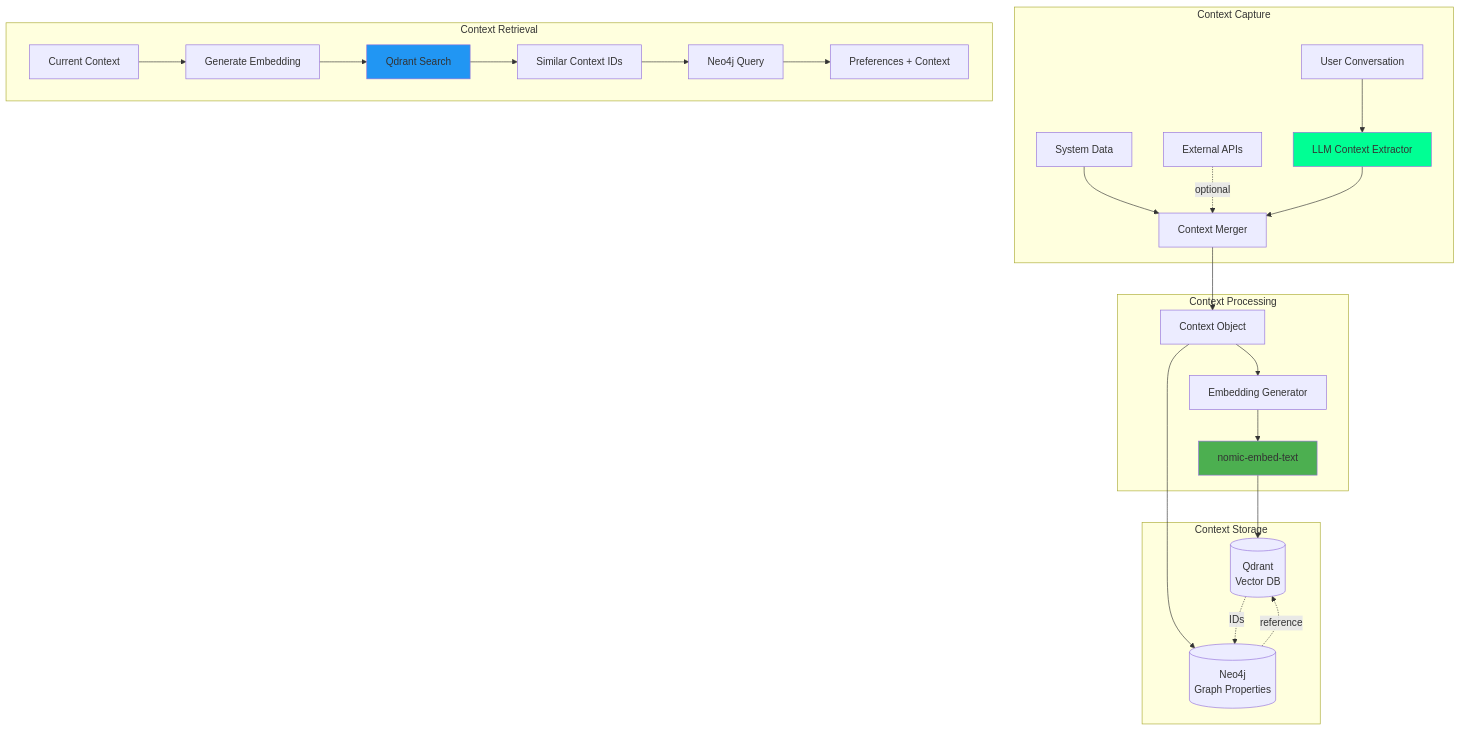
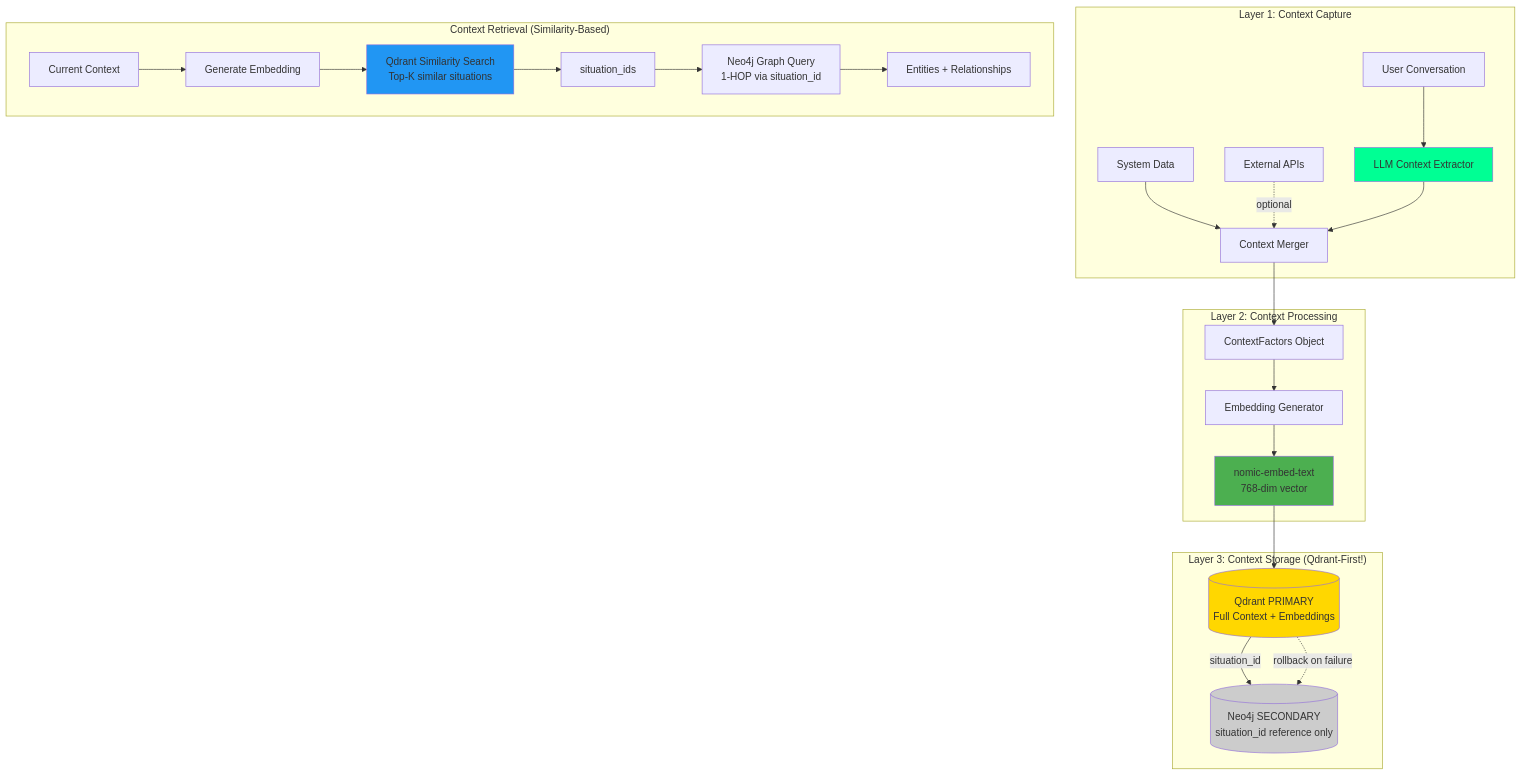
One commit to y-core-engineering/fidus changed the diagram in docs/solution-architecture/14-situational-context.md. Above: the diagram before and after it, drawn with Mermaid. The commit also changed other lines of this file and 47 other files, not shown here.

First line of the commit message:
docs: update solution architecture to v3.0 with entity-relationship model (#75)

````diff
--- a/docs/solution-architecture/14-situational-context.md
+++ b/docs/solution-architecture/14-situational-context.md
@@ -32,35 +53,35 @@
 ```mermaid
 graph TB
-    subgraph "Context Capture"
+    subgraph "Layer 1: Context Capture"
         A[User Conversation] --> B[LLM Context Extractor]
         C[System Data] --> D[Context Merger]
         E[External APIs] -.optional.-> D
         B --> D
     end
 
-    subgraph "Context Processing"
-        D --> F[Context Object]
+    subgraph "Layer 2: Context Processing"
+        D --> F[ContextFactors Object]
         F --> G[Embedding Generator]
-        G --> H[nomic-embed-text]
+        G --> H[nomic-embed-text<br/>768-dim vector]
     end
 
-    subgraph "Context Storage"
-        F --> I[(Neo4j<br/>Graph Properties)]
-        H --> J[(Qdrant<br/>Vector DB)]
+    subgraph "Layer 3: Context Storage (Qdrant-First!)"
+        H --> J[(Qdrant PRIMARY<br/>Full Context + Embeddings)]
+        J -->|situation_id| I[(Neo4j SECONDARY<br/>situation_id reference only)]
+        J -.rollback on failure.-> I
     end
 
-    subgraph "Context Retrieval"
+    subgraph "Context Retrieval (Similarity-Based)"
         K[Current Context] --> L[Generate Embedding]
-        L --> M[Qdrant Search]
-        M --> N[Similar Context IDs]
-        N --> O[Neo4j Query]
-        O --> P[Preferences + Context]
+        L --> M[Qdrant Similarity Search<br/>Top-K similar situations]
+        M --> N[situation_ids]
+        N --> O[Neo4j Graph Query<br/>1-HOP via situation_id]
+        O --> P[Entities + Relationships]
     end
-
-    I -.reference.-> J
-    J -.IDs.-> I
 
     style B fill:#00ff94
     style H fill:#4caf50
+    style J fill:#ffd700
     style M fill:#2196f3
+    style I fill:#cccccc
 ```
````
